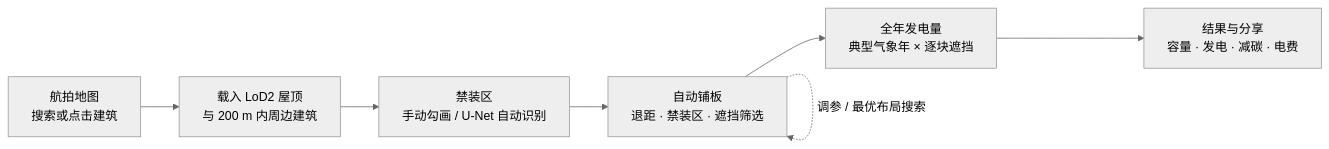
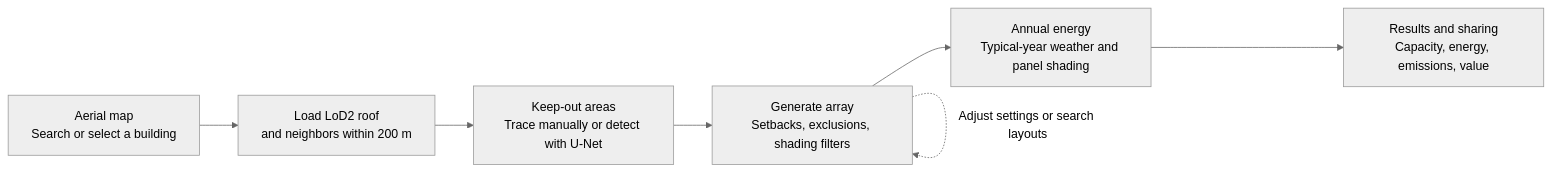
The first of 3 diagrams in README.md (BokaiHe/nyc-solar-studio), drawn with Mermaid (neutral theme) before and after one commit. The commit also changed other lines of this file, not shown here.

````diff
--- a/README.md
+++ b/README.md
@@ -40,9 +37,9 @@
 ```mermaid
 flowchart LR
-  A["航拍地图<br/>搜索或点击建筑"] --> B["载入 LoD2 屋顶<br/>与 200 m 内周边建筑"]
-  B --> C["禁装区<br/>手动勾画 / U-Net 自动识别"]
-  C --> D["自动铺板<br/>退距 · 禁装区 · 遮挡筛选"]
-  D --> E["全年发电量<br/>典型气象年 × 逐块遮挡"]
-  E --> F["结果与分享<br/>容量 · 发电 · 减碳 · 电费"]
-  D -. 调参 / 最优布局搜索 .-> D
+  A["Aerial map<br/>Search or select a building"] --> B["Load LoD2 roof<br/>and neighbors within 200 m"]
+  B --> C["Keep-out areas<br/>Trace manually or detect with U-Net"]
+  C --> D["Generate array<br/>Setbacks, exclusions, shading filters"]
+  D --> E["Annual energy<br/>Typical-year weather and panel shading"]
+  E --> F["Results and sharing<br/>Capacity, energy, emissions, value"]
+  D -. Adjust settings or search layouts .-> D
 ```
````
